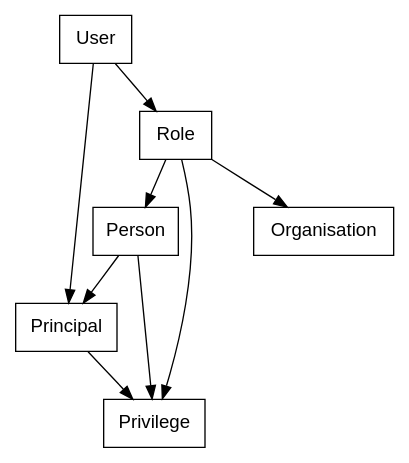
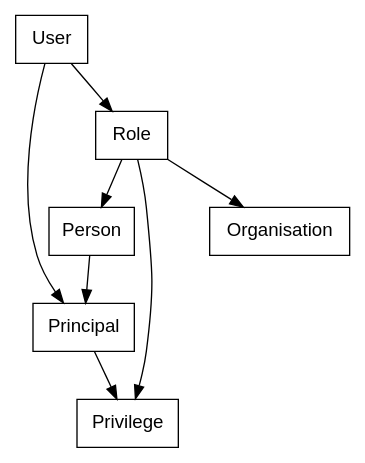
Before and after one commit to blaulaub/jback: the diagram in jback-sec-model/graphviz/classes.dot, drawn with Graphviz. The commit also changed 5 other files, not shown here.

Commit message:
no extra privileges for a User (Principal and Role are sufficient)

```diff
--- a/jback-sec-model/graphviz/classes.dot
+++ b/jback-sec-model/graphviz/classes.dot
@@ -1,13 +1,12 @@
 digraph G {
 
   node [ shape="box", fontname="helvetica" ];
 
-  "Person" -> "Principal";
-  "Person" -> "Privilege";
+  "User" -> "Principal";
+  "User" -> "Role";
   "Principal" -> "Privilege";
   "Role" -> "Person";
   "Role" -> "Organisation";
   "Role" -> "Privilege";
-  "User" -> "Principal";
-  "User" -> "Role";
+  "Person" -> "Principal";
 }
```
